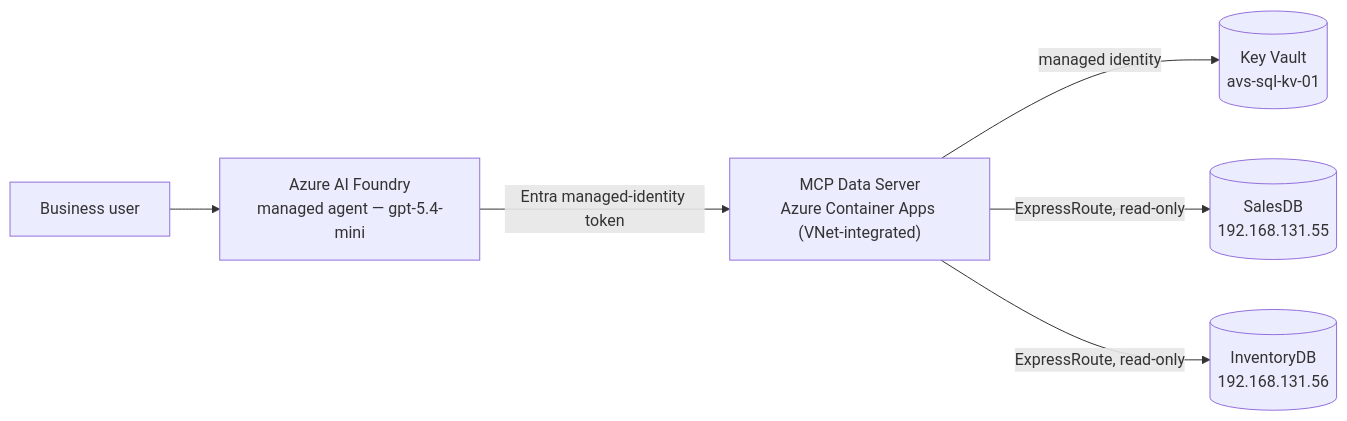
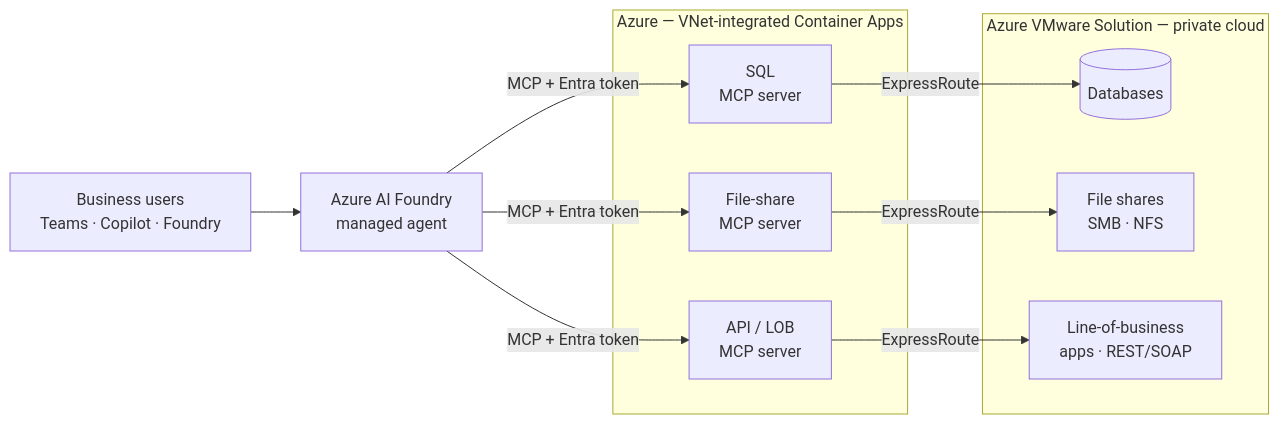
One commit to nivasn-msft/AVS-workload-agent changed the first of 3 diagrams in docs/blog.md. Above: the diagram before and after it, drawn with Mermaid. The commit also changed other lines of this file, not shown here.

Commit message:
Reframe blog: enabling Azure AI for every AVS workload via pluggable MCP servers

````diff
--- a/docs/blog.md
+++ b/docs/blog.md
@@ -15,8 +17,20 @@
 ```mermaid
 flowchart LR
-    U["Business user"] --> AG["Azure AI Foundry<br/>managed agent — gpt-5.4-mini"]
-    AG -->|"Entra managed-identity token"| MCP["MCP Data Server<br/>Azure Container Apps (VNet-integrated)"]
-    MCP -->|"managed identity"| KV[("Key Vault<br/>avs-sql-kv-01")]
-    MCP -->|"ExpressRoute, read-only"| S1[("SalesDB<br/>192.168.131.55")]
-    MCP -->|"ExpressRoute, read-only"| S2[("InventoryDB<br/>192.168.131.56")]
+    U["Business users<br/>Teams · Copilot · Foundry"] --> AG["Azure AI Foundry<br/>managed agent"]
+    subgraph az["Azure — VNet-integrated Container Apps"]
+        M1["SQL<br/>MCP server"]
+        M2["File-share<br/>MCP server"]
+        M3["API / LOB<br/>MCP server"]
+    end
+    subgraph avs["Azure VMware Solution — private cloud"]
+        W1[("Databases")]
+        W2["File shares<br/>SMB · NFS"]
+        W3["Line-of-business<br/>apps · REST/SOAP"]
+    end
+    AG -->|"MCP + Entra token"| M1
+    AG -->|"MCP + Entra token"| M2
+    AG -->|"MCP + Entra token"| M3
+    M1 -->|"ExpressRoute"| W1
+    M2 -->|"ExpressRoute"| W2
+    M3 -->|"ExpressRoute"| W3
 ```
````
